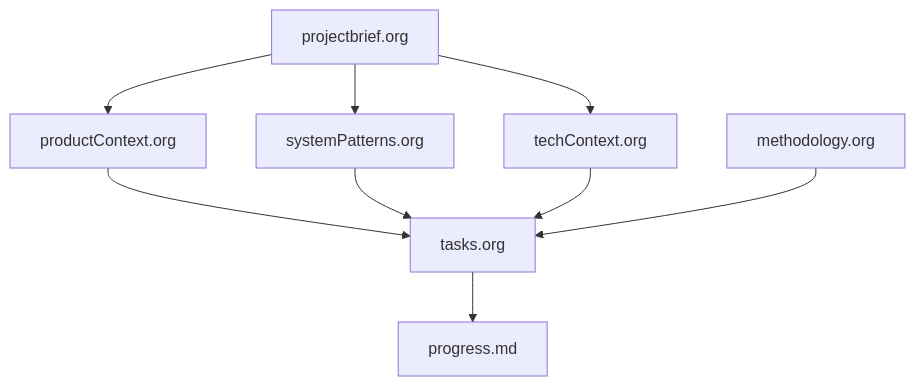
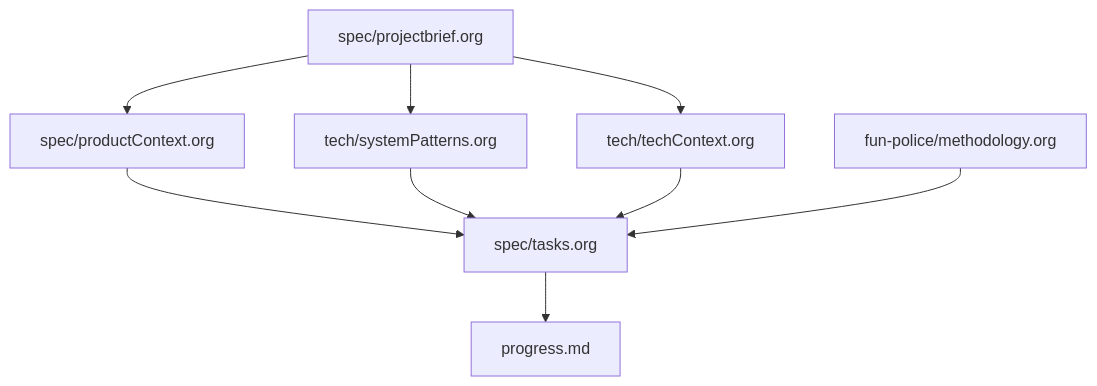
One commit to monkeypants/fun-police changed the first of 6 diagrams in fun-police/instructions.org. Above: the diagram before and after it, drawn with Mermaid. The commit also changed other lines of this file and 6 other files, not shown here.

Commit message:
feat: Reorganize fun-police/ into fun-police/, spec/, and tech/ directories

```diff
--- a/fun-police/instructions.org
+++ b/fun-police/instructions.org
@@ -16,13 +16,13 @@
 #+BEGIN_SRC mermaid
 flowchart TD
-    PB[projectbrief.org] --> PC[productContext.org]
-    PB --> SP[systemPatterns.org]
-    PB --> TC[techContext.org]
+    PB[spec/projectbrief.org] --> PC[spec/productContext.org]
+    PB --> SP[tech/systemPatterns.org]
+    PB --> TC[tech/techContext.org]
     
-    PC --> TO[tasks.org]
+    PC --> TO[spec/tasks.org]
     SP --> TO
     TC --> TO
     
     TO --> P[progress.md]
-    M[methodology.org] --> TO
+    M[fun-police/methodology.org] --> TO
 #+END_SRC
```
